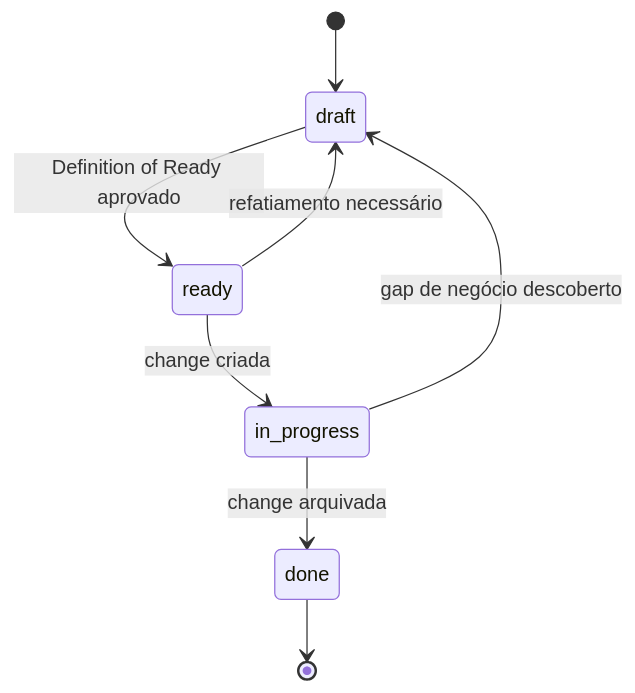
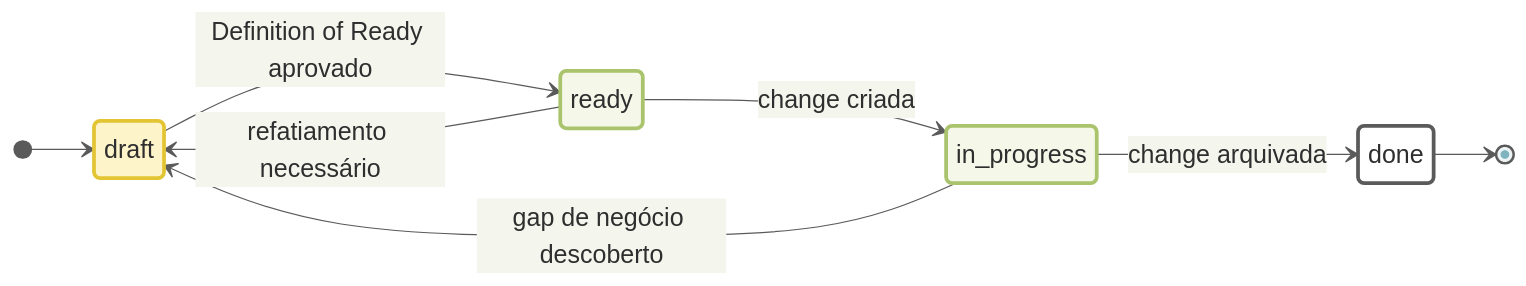
One commit to diegolirio/workflow-ai-first changed the third of 5 diagrams in workflow.md. Above: the diagram before and after it, drawn with Mermaid. The commit also changed other lines of this file, not shown here.

````diff
--- a/workflow.md
+++ b/workflow.md
@@ -373,10 +394,20 @@
 ```mermaid
+%%{init: {"theme":"base","themeVariables":{"fontFamily":"Helvetica Neue, Helvetica, Arial, sans-serif","fontSize":"20px","lineColor":"#5A5A5A","primaryTextColor":"#2E2E2E","primaryColor":"#EEF4F6","primaryBorderColor":"#7FB3C0","labelBackgroundColor":"#FFFFFF"},"state":{"useMaxWidth":false,"nodeSpacing":70,"rankSpacing":90}}}%%
 stateDiagram-v2
+    direction LR
     [*] --> draft
     draft --> ready: Definition of Ready aprovado
     ready --> in_progress: change criada
     ready --> draft: refatiamento necessário
     in_progress --> draft: gap de negócio descoberto
     in_progress --> done: change arquivada
     done --> [*]
+
+    classDef aberto fill:#FDF4C9,stroke:#E3C534,stroke-width:3px,color:#2E2E2E
+    classDef andamento fill:#F5F8E9,stroke:#A9C46C,stroke-width:3px,color:#2E2E2E
+    classDef fechado fill:#FFFFFF,stroke:#5A5A5A,stroke-width:3px,color:#2E2E2E
+
+    class draft aberto
+    class ready,in_progress andamento
+    class done fechado
 ```
````
